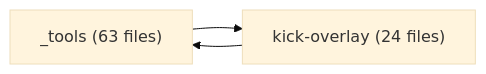
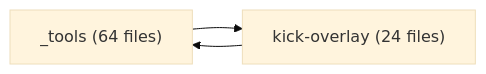
The diagram in features/INDEX.md (mateusant13/kick-youtube-overlay-for-twitch-with-adblock), drawn with Mermaid (base theme) before and after one commit. The commit also changed other lines of this file and 7 other files, not shown here.

````diff
--- a/features/INDEX.md
+++ b/features/INDEX.md
@@ -15,7 +15,7 @@
 ```mermaid
 flowchart LR
-  _tools["_tools (63 files)"]
+  _tools["_tools (64 files)"]
   kick_overlay["kick-overlay (24 files)"]
   _tools --> kick_overlay
   kick_overlay --> _tools
 ```
````
